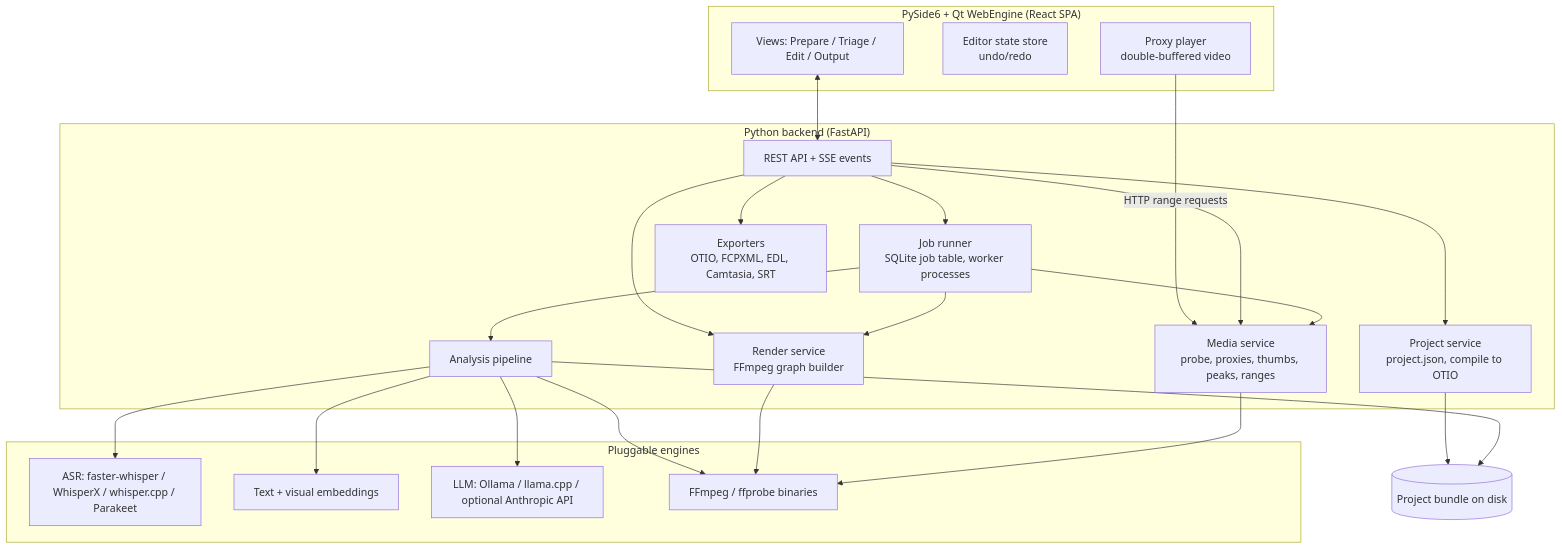
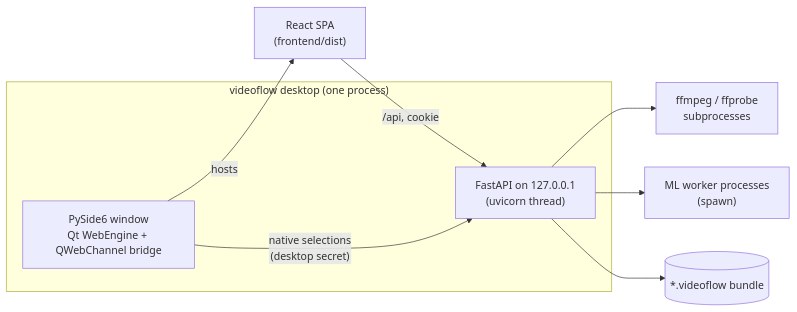
The diagram in docs/architecture/overview.md (VincentGuigui/video-flow), drawn with Mermaid before and after one commit. The commit also changed other lines of this file, not shown here.

Commit message:
DOC: rewrite the architecture overview to match the implementation

````diff
--- a/docs/architecture/overview.md
+++ b/docs/architecture/overview.md
@@ -9,35 +9,13 @@
 ```mermaid
-flowchart TB
-  subgraph Desktop["PySide6 + Qt WebEngine (React SPA)"]
-    UI[Views: Prepare / Triage / Edit / Output]
-    ST[Editor state store<br/>undo/redo]
-    PL[Proxy player<br/>double-buffered video]
+flowchart LR
+  subgraph Host["videoflow desktop (one process)"]
+    QT["PySide6 window<br/>Qt WebEngine + QWebChannel bridge"]
+    API["FastAPI on 127.0.0.1<br/>(uvicorn thread)"]
   end
-
-  subgraph Backend["Python backend (FastAPI)"]
-    API[REST API + SSE events]
-    PRJ[Project service<br/>project.json, compile to OTIO]
-    JOB[Job runner<br/>SQLite job table, worker processes]
-    ANA[Analysis pipeline]
-    RND[Render service<br/>FFmpeg graph builder]
-    EXP[Exporters<br/>OTIO, FCPXML, EDL, Camtasia, SRT]
-    MED[Media service<br/>probe, proxies, thumbs, peaks, ranges]
-  end
-
-  subgraph Engines["Pluggable engines"]
-    ASR[ASR: faster-whisper / WhisperX / whisper.cpp / Parakeet]
-    EMB[Text + visual embeddings]
-    LLM[LLM: Ollama / llama.cpp / optional Anthropic API]
-    FF[FFmpeg / ffprobe binaries]
-  end
-
-  UI <--> API
-  PL -- HTTP range requests --> MED
-  API --> PRJ & JOB & RND & EXP & MED
-  JOB --> ANA & RND & MED
-  ANA --> ASR & EMB & LLM & FF
-  RND --> FF
-  MED --> FF
-  PRJ --> DISK[(Project bundle on disk)]
-  ANA --> DISK
+  UI["React SPA<br/>(frontend/dist)"] -- "/api, cookie" --> API
+  QT -- hosts --> UI
+  QT -- "native selections<br/>(desktop secret)" --> API
+  API --> FF["ffmpeg / ffprobe<br/>subprocesses"]
+  API --> W["ML worker processes<br/>(spawn)"]
+  API --> B[("*.videoflow bundle")]
 ```
````
